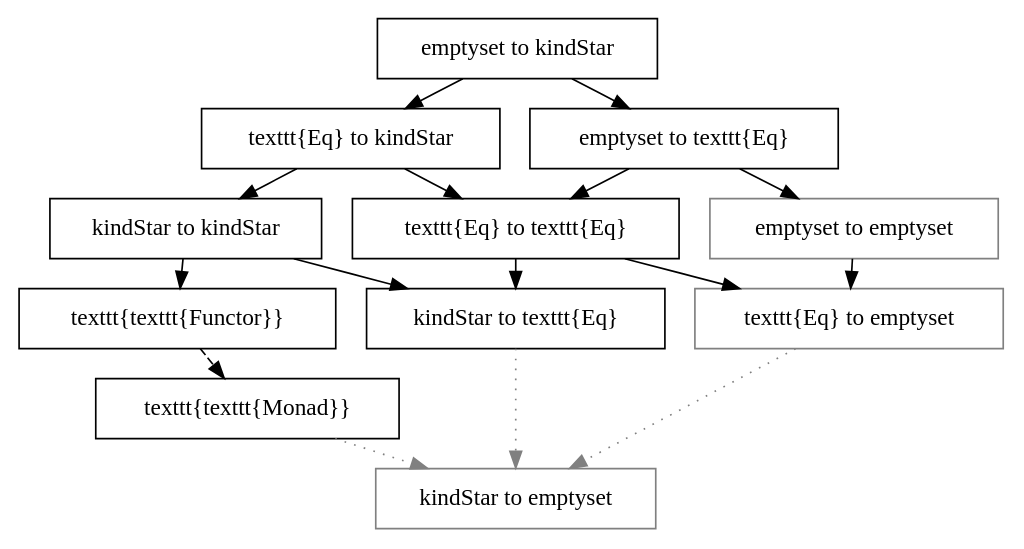
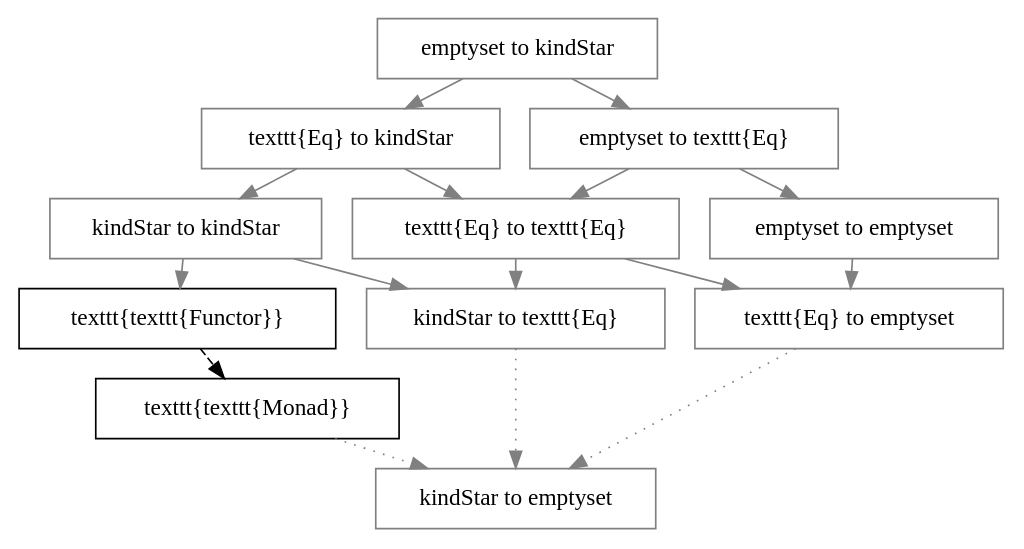
The diagram in text/diagram/kinds_star_star.dot (xkollar/thesis-mgr-2011), drawn with Graphviz before and after one commit. The commit also changed 7 other files, not shown here.

Commit message:
Diagram colorized accordingly to consultations.

```diff
--- a/text/diagram/kinds_star_star.dot
+++ b/text/diagram/kinds_star_star.dot
@@ -1,32 +1,41 @@
 digraph kinds {
 	graph [ranksep=0.25];
 	node [shape=box];
 
-	"\emptyset \to \kindStar" -> "\texttt{Eq} \to \kindStar";
-	"\emptyset \to \kindStar" -> "\emptyset \to \texttt{Eq}";
-	"\texttt{Eq} \to \kindStar" -> "\kindStar \to \kindStar";
-	"\texttt{Eq} \to \kindStar" -> "\texttt{Eq} \to \texttt{Eq}";
-	"\emptyset \to \texttt{Eq}" -> "\texttt{Eq} \to \texttt{Eq}";
-	"\emptyset \to \texttt{Eq}" -> "\emptyset \to \emptyset";
+	"\emptyset \to \kindStar" [color=gray];
+	"\texttt{Eq} \to \kindStar" [color=gray];
+	"\emptyset \to \texttt{Eq}" [color=gray];
+	"\kindStar \to \kindStar" [color=gray];
+	"\texttt{Eq} \to \texttt{Eq}" [color=gray];
+	"\emptyset \to \emptyset" [color=gray];
+	"\kindStar \to \texttt{Eq}" [color=gray];
+	"\texttt{Eq} \to \emptyset" [color=gray];
+
+	"\emptyset \to \kindStar" -> "\texttt{Eq} \to \kindStar" [color=gray];
+	"\emptyset \to \kindStar" -> "\emptyset \to \texttt{Eq}" [color=gray];
+	"\texttt{Eq} \to \kindStar" -> "\kindStar \to \kindStar" [color=gray];
+	"\texttt{Eq} \to \kindStar" -> "\texttt{Eq} \to \texttt{Eq}" [color=gray];
+	"\emptyset \to \texttt{Eq}" -> "\texttt{Eq} \to \texttt{Eq}" [color=gray];
+	"\emptyset \to \texttt{Eq}" -> "\emptyset \to \emptyset" [color=gray];
 
 	//"\kindStar \to \kindStar" -> "\kindStar \to \texttt{Eq}"
-	"\kindStar \to \kindStar" -> "\texttt{\texttt{Functor}}";
-	"\kindStar \to \kindStar" -> "\kindStar \to \texttt{Eq}";
+	"\kindStar \to \kindStar" -> "\texttt{\texttt{Functor}}" [color=gray];
+	"\kindStar \to \kindStar" -> "\kindStar \to \texttt{Eq}" [color=gray];
 	"\texttt{\texttt{Functor}}" -> "\texttt{\texttt{Monad}}" [style=dashed];
 	"\texttt{\texttt{Monad}}" -> "\kindStar \to \emptyset" [style=dotted,color=gray];
 
 	{rank=same; "\kindStar \to \texttt{Eq}"; "\texttt{Eq} \to \emptyset"};
 	{rank=same; "\texttt{Eq} \to \kindStar"; "\emptyset \to \texttt{Eq}"};
 	{rank=same; "\texttt{Eq} \to \texttt{Eq}"; "\emptyset \to \emptyset"; "\kindStar \to \kindStar"};
 
-	"\texttt{Eq} \to \texttt{Eq}" -> "\kindStar \to \texttt{Eq}";
-	"\texttt{Eq} \to \texttt{Eq}" -> "\texttt{Eq} \to \emptyset";
-	"\emptyset \to \emptyset" -> "\texttt{Eq} \to \emptyset";
+	"\texttt{Eq} \to \texttt{Eq}" -> "\kindStar \to \texttt{Eq}" [color=gray];
+	"\texttt{Eq} \to \texttt{Eq}" -> "\texttt{Eq} \to \emptyset" [color=gray];
+	"\emptyset \to \emptyset" -> "\texttt{Eq} \to \emptyset" [color=gray];
 	"\kindStar \to \texttt{Eq}" -> "\kindStar \to \emptyset" [style=dotted,color=gray];
 	"\texttt{Eq} \to \emptyset" -> "\kindStar \to \emptyset" [style=dotted,color=gray];
 	// "\emptyset \to \emptyset" -> "\kindStar \to \emptyset" [style=dotted,color=gray]
 
 	"\emptyset \to \emptyset" [color=gray];
 	"\texttt{Eq} \to \emptyset" [color=gray];
 	"\kindStar \to \emptyset" [color=gray];
 }
```
